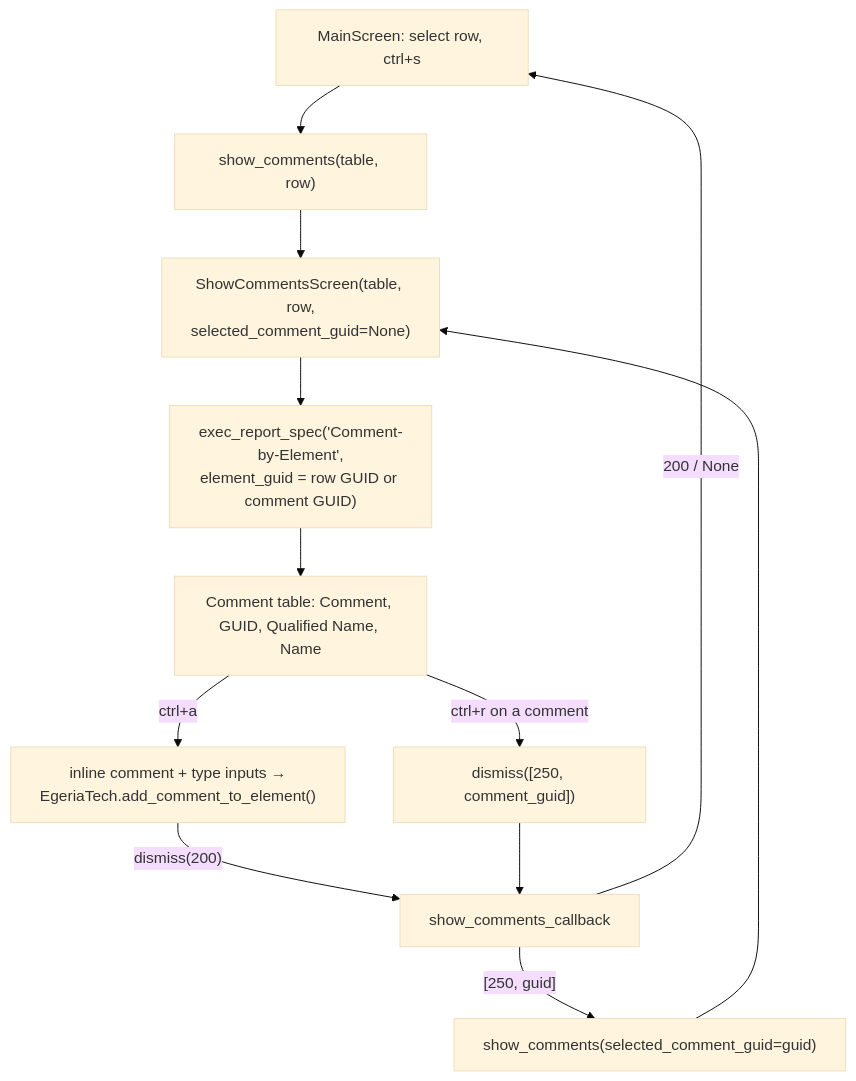
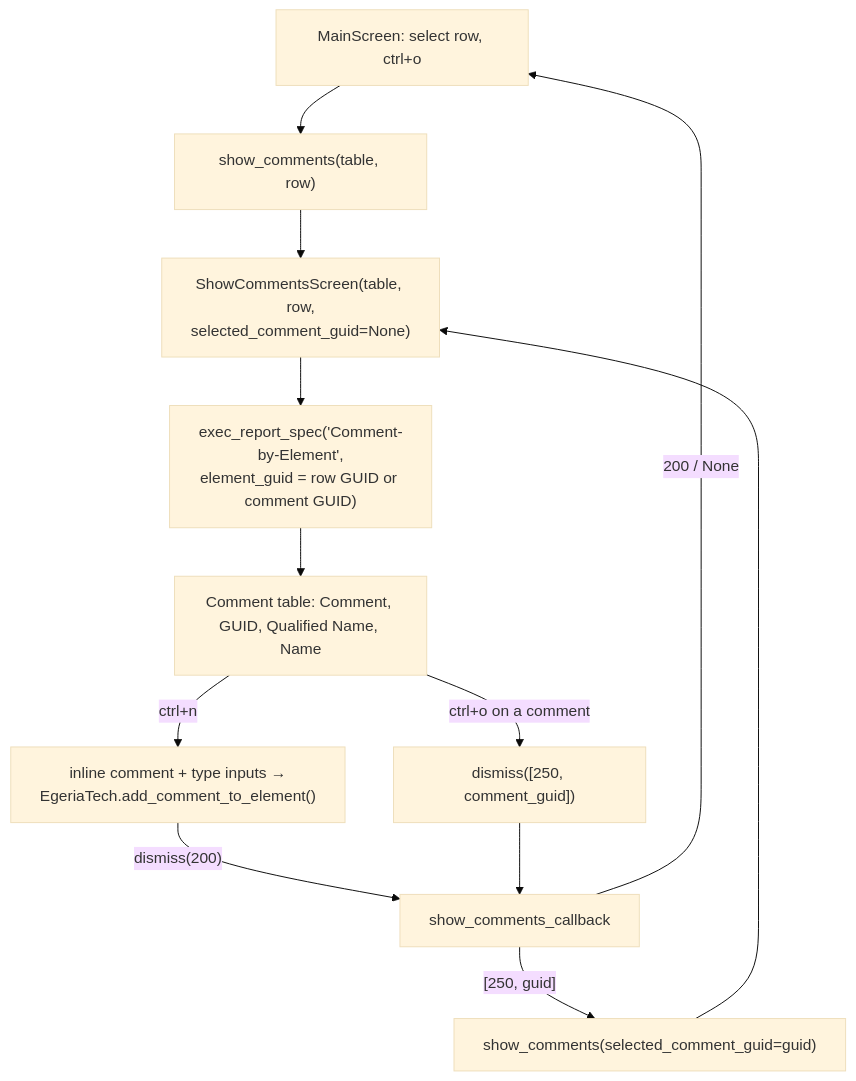
Before and after one commit to odpi/egeria-python: the fourth of 10 diagrams in docs/My-Egeria-Doc.md, drawn with Mermaid (base theme). The commit also changed other lines of this file and 31 other files, not shown here.

````diff
--- a/docs/My-Egeria-Doc.md
+++ b/docs/My-Egeria-Doc.md
@@ -333,14 +350,14 @@
 ```mermaid
 flowchart TD
-    MAIN["MainScreen: select row, ctrl+s"] --> SHOW["show_comments(table, row)"]
+    MAIN["MainScreen: select row, ctrl+o"] --> SHOW["show_comments(table, row)"]
     SHOW --> SCS["ShowCommentsScreen(table, row,<br/>selected_comment_guid=None)"]
     SCS --> LOAD["exec_report_spec('Comment-by-Element',<br/>element_guid = row GUID or comment GUID)"]
     LOAD --> LIST["Comment table: Comment, GUID, Qualified Name, Name"]
-    LIST -- "ctrl+a" --> ADD["inline comment + type inputs →<br/>EgeriaTech.add_comment_to_element()"]
+    LIST -- "ctrl+n" --> ADD["inline comment + type inputs →<br/>EgeriaTech.add_comment_to_element()"]
     ADD -- "dismiss(200)" --> CB
-    LIST -- "ctrl+r on a comment" --> RESP["dismiss([250, comment_guid])"]
+    LIST -- "ctrl+o on a comment" --> RESP["dismiss([250, comment_guid])"]
     RESP --> CB["show_comments_callback"]
     CB -- "[250, guid]" --> SHOW2["show_comments(selected_comment_guid=guid)"]
     SHOW2 --> SCS
     CB -- "200 / None" --> MAIN
 ```
````
